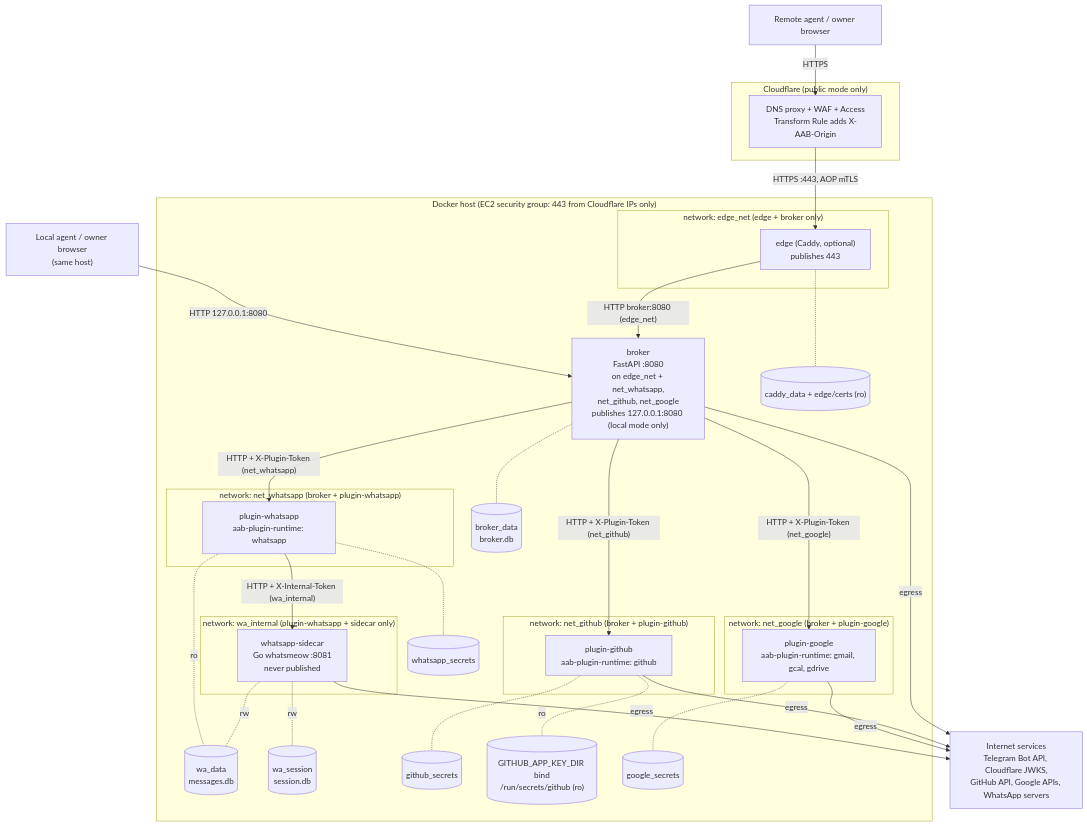
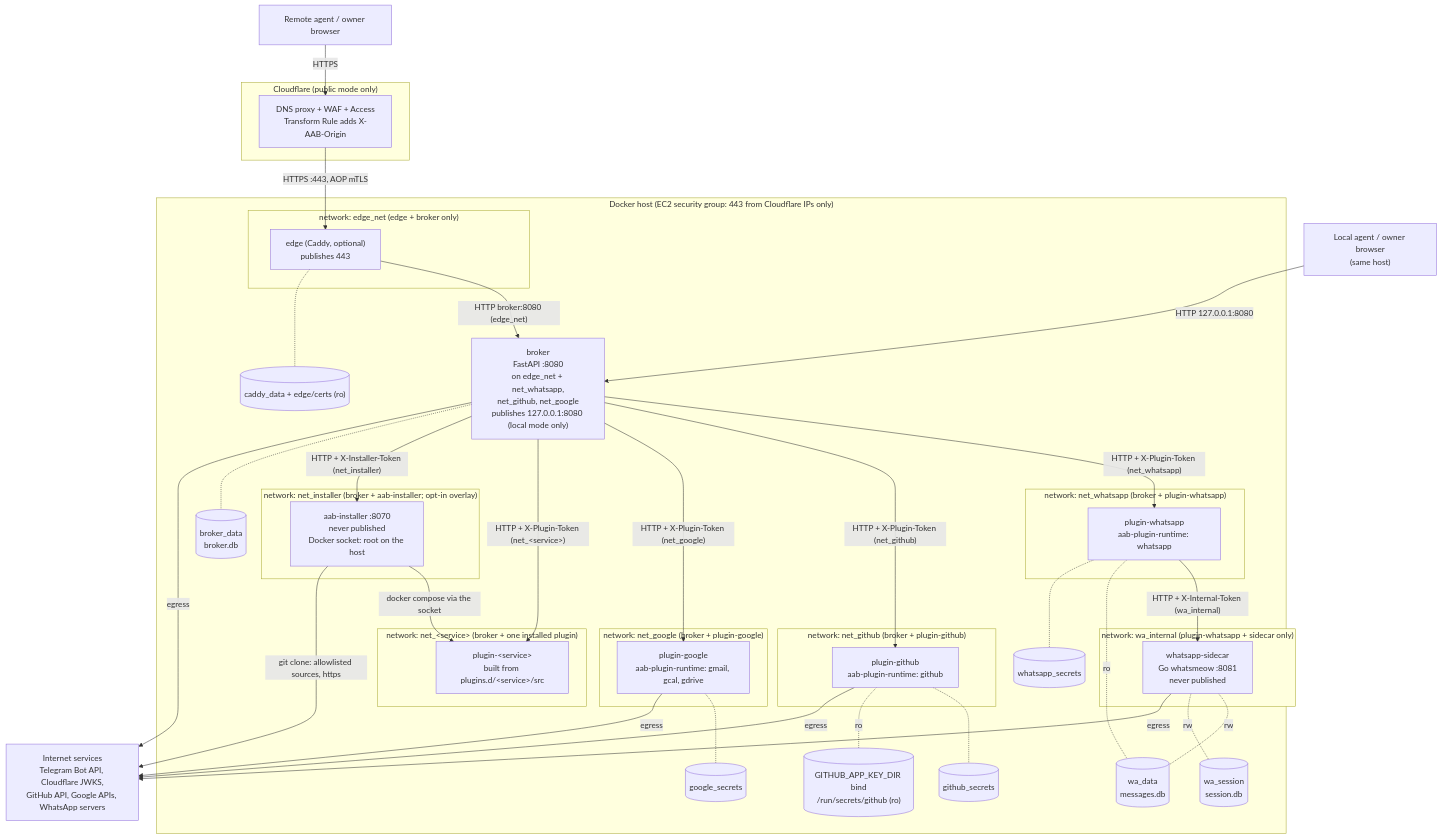
The first of 3 diagrams in docs/architecture.md (pelegw/agent-authority-broker), drawn with Mermaid before and after one commit. The commit also changed other lines of this file and 16 other files, not shown here.

````diff
--- a/docs/architecture.md
+++ b/docs/architecture.md
@@ -302,59 +302,69 @@
 ```mermaid
 flowchart TB
   AGL["Local agent / owner browser<br/>(same host)"]
   subgraph CFZ["Cloudflare (public mode only)"]
     CF["DNS proxy + WAF + Access<br/>Transform Rule adds X-AAB-Origin"]
   end
   AGP["Remote agent / owner browser"]
 
   subgraph HOST["Docker host (EC2 security group: 443 from Cloudflare IPs only)"]
     subgraph EN["network: edge_net (edge + broker only)"]
       EDGE["edge (Caddy, optional)<br/>publishes 443"]
     end
     BROKER["broker<br/>FastAPI :8080<br/>on edge_net + net_whatsapp,<br/>net_github, net_google<br/>publishes 127.0.0.1:8080 (local mode only)"]
     subgraph NWA["network: net_whatsapp (broker + plugin-whatsapp)"]
       PWA["plugin-whatsapp<br/>aab-plugin-runtime: whatsapp"]
     end
     subgraph NGH["network: net_github (broker + plugin-github)"]
       PGH["plugin-github<br/>aab-plugin-runtime: github"]
     end
     subgraph NGO["network: net_google (broker + plugin-google)"]
       PGO["plugin-google<br/>aab-plugin-runtime: gmail, gcal, gdrive"]
     end
     subgraph WN["network: wa_internal (plugin-whatsapp + sidecar only)"]
       SC["whatsapp-sidecar<br/>Go whatsmeow :8081<br/>never published"]
     end
+    subgraph NIN["network: net_installer (broker + aab-installer; opt-in overlay)"]
+      INS["aab-installer :8070<br/>never published<br/>Docker socket: root on the host"]
+    end
+    subgraph NEX["network: net_&lt;service&gt; (broker + one installed plugin)"]
+      PEX["plugin-&lt;service&gt;<br/>built from plugins.d/&lt;service&gt;/src"]
+    end
     VB[("broker_data<br/>broker.db")]
     VW[("wa_data<br/>messages.db")]
     VSE[("wa_session<br/>session.db")]
     VGH[("github_secrets")]
     VPEM[("GITHUB_APP_KEY_DIR bind<br/>/run/secrets/github (ro)")]
     VGO[("google_secrets")]
     VWS[("whatsapp_secrets")]
     VC[("caddy_data + edge/certs (ro)")]
   end
 
   EXT["Internet services<br/>Telegram Bot API, Cloudflare JWKS,<br/>GitHub API, Google APIs, WhatsApp servers"]
 
   AGP -->|HTTPS| CF
   CF -->|"HTTPS :443, AOP mTLS"| EDGE
   EDGE -->|"HTTP broker:8080 (edge_net)"| BROKER
   AGL -->|"HTTP 127.0.0.1:8080"| BROKER
   BROKER -->|"HTTP + X-Plugin-Token (net_whatsapp)"| PWA
   BROKER -->|"HTTP + X-Plugin-Token (net_github)"| PGH
   BROKER -->|"HTTP + X-Plugin-Token (net_google)"| PGO
+  BROKER -->|"HTTP + X-Plugin-Token (net_&lt;service&gt;)"| PEX
+  BROKER -->|"HTTP + X-Installer-Token (net_installer)"| INS
+  INS -->|"docker compose via the socket"| PEX
   PWA -->|"HTTP + X-Internal-Token (wa_internal)"| SC
   BROKER -.- VB
   SC -.-|rw| VW
   SC -.-|rw| VSE
   PWA -.-|ro| VW
   PWA -.- VWS
   PGH -.- VGH
   PGH -.-|ro| VPEM
   PGO -.- VGO
   EDGE -.- VC
   BROKER -->|egress| EXT
   PGH -->|egress| EXT
   PGO -->|egress| EXT
   SC -->|egress| EXT
+  INS -->|"git clone: allowlisted sources, https"| EXT
 ```
````
